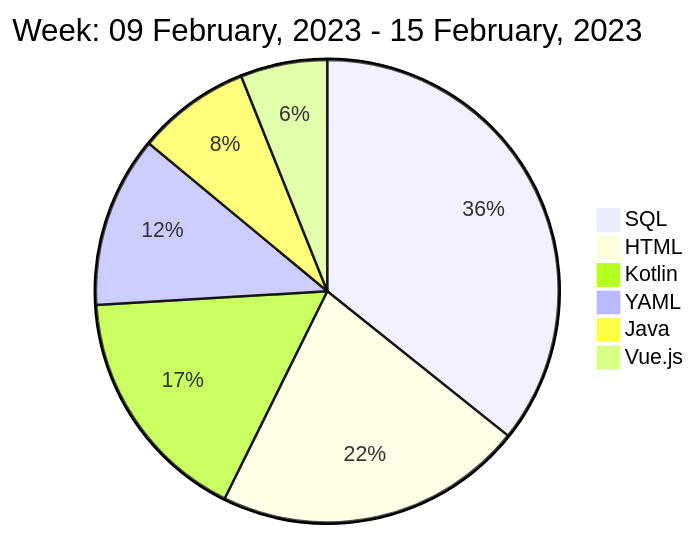
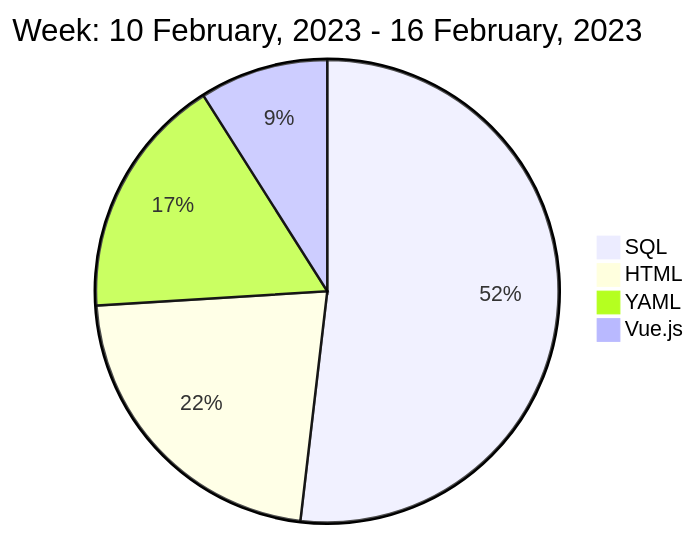
The diagram in README.md (liubin95/liubin95), drawn with Mermaid before and after one commit.

Commit message:
Updated the Graph with new Metrics

````diff
--- a/README.md
+++ b/README.md
@@ -40,10 +40,8 @@
 ```mermaid
  pie
-title Week: 09 February, 2023 - 15 February, 2023
- "SQL" : 4.42
- "HTML" : 2.67
- "Kotlin" : 2.07
- "YAML" : 1.48
- "Java" : 0.98
+title Week: 10 February, 2023 - 16 February, 2023
+ "SQL" : 4.33
+ "HTML" : 1.85
+ "YAML" : 1.42
  "Vue.js" : 0.75
 ```
````
